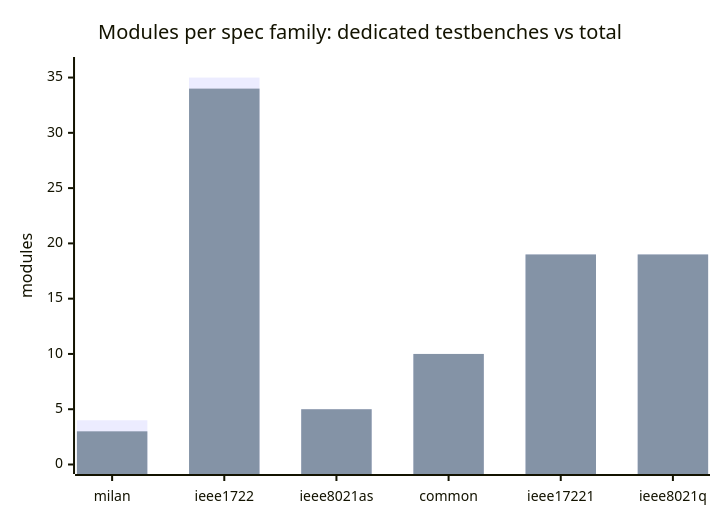
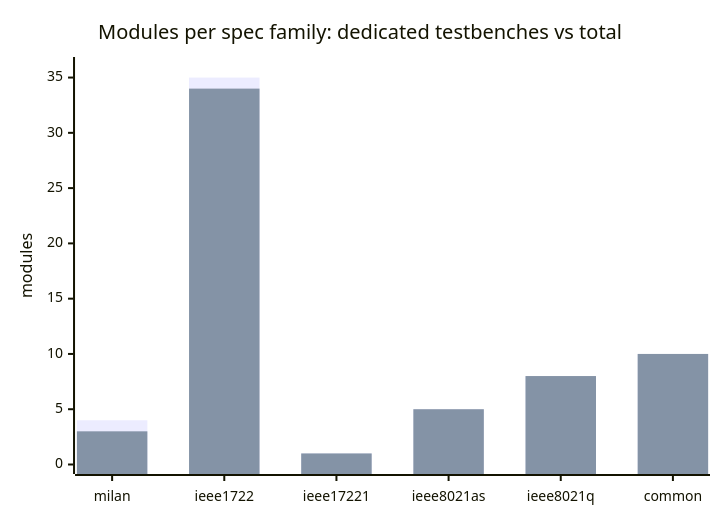
Before and after one commit to kebag-logic/milan-fpga: the diagram in docs/traceability/MODULE_MATRIX.md, drawn with Mermaid. The commit also changed other lines of this file and 362 other files, not shown here.

````diff
--- a/docs/traceability/MODULE_MATRIX.md
+++ b/docs/traceability/MODULE_MATRIX.md
@@ -30,8 +30,8 @@
 ```mermaid
 xychart-beta
     title "Modules per spec family: dedicated testbenches vs total"
-    x-axis ["milan", "ieee1722", "ieee8021as", "common", "ieee17221", "ieee8021q"]
+    x-axis ["milan", "ieee1722", "ieee17221", "ieee8021as", "ieee8021q", "common"]
     y-axis "modules" 0 --> 36
-    bar [4, 35, 5, 10, 19, 19]
-    bar [3, 34, 5, 10, 19, 19]
+    bar [4, 35, 1, 5, 8, 10]
+    bar [3, 34, 1, 5, 8, 10]
 ```
````
